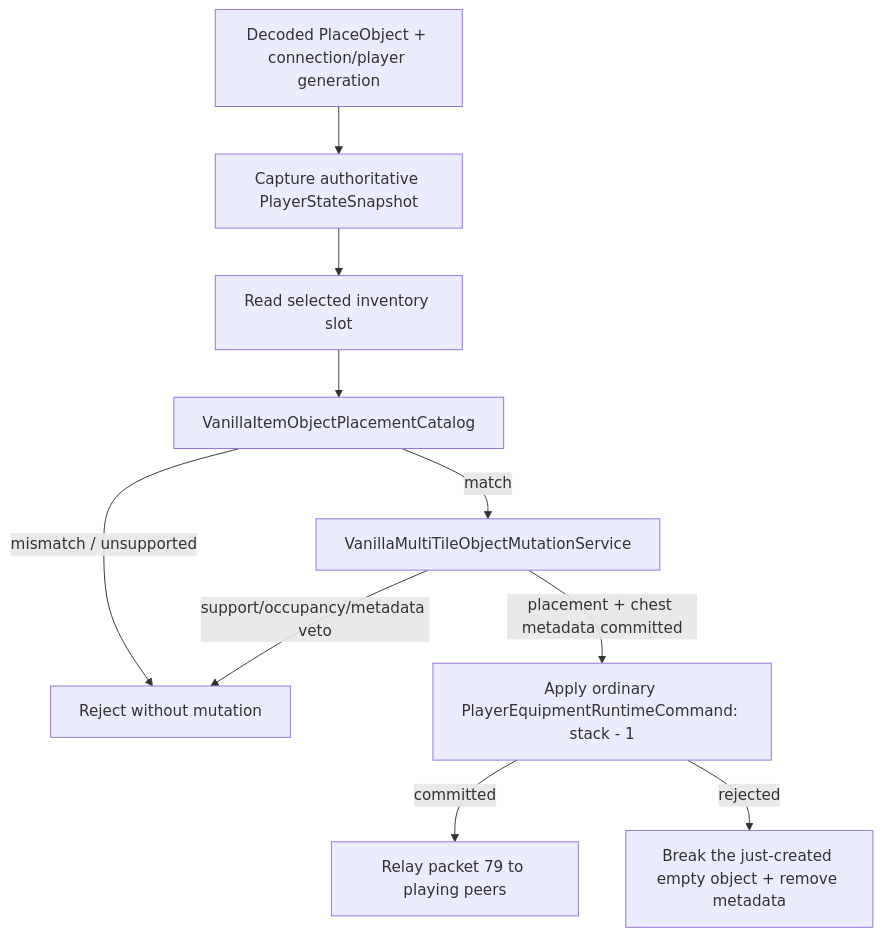
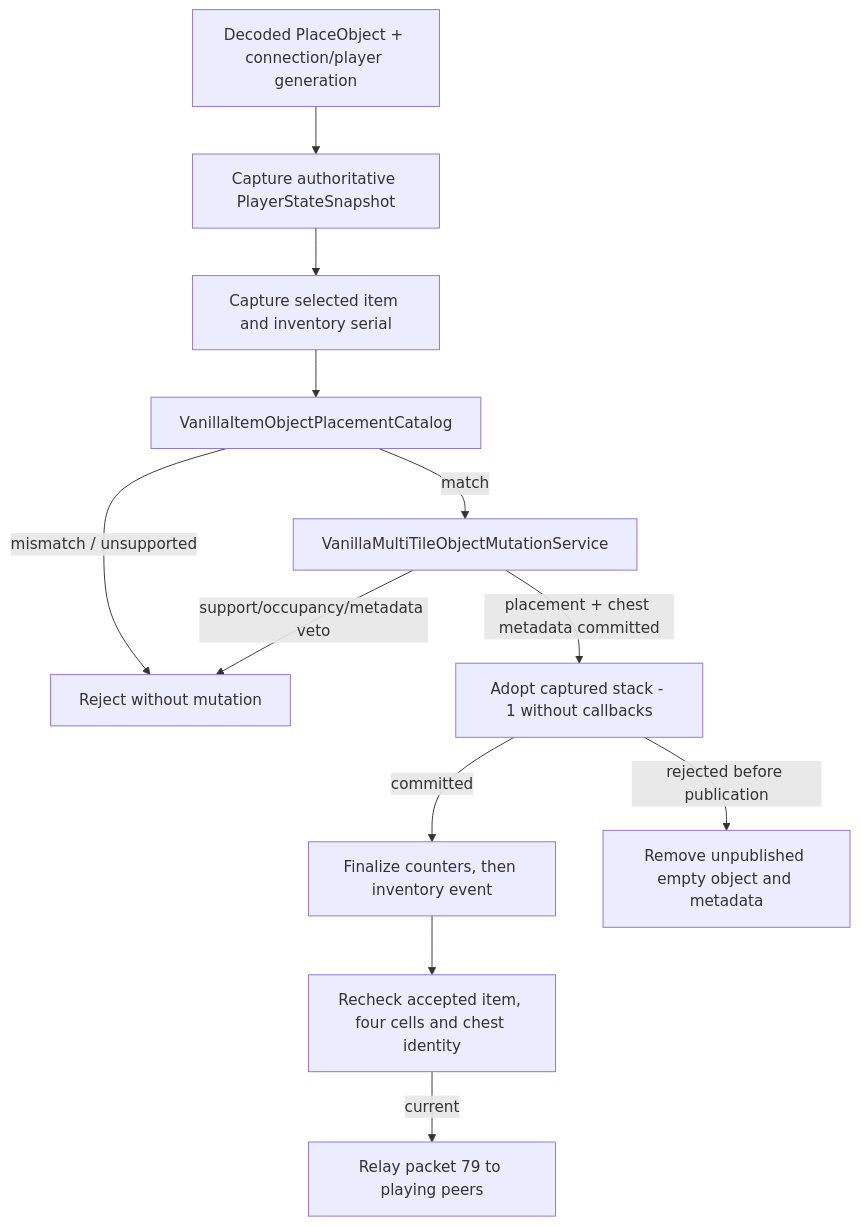
The second of 2 diagrams in docs/en/object-placement-authority.md (VegaKernel/TerraRuntime), drawn with Mermaid before and after one commit. The commit also changed other lines of this file and 25 other files, not shown here.

Commit message:
Extend selected placeable phases and publish inventory atomically

````diff
--- a/docs/en/object-placement-authority.md
+++ b/docs/en/object-placement-authority.md
@@ -34,12 +34,14 @@
 ```mermaid
 flowchart TD
     Request["Decoded PlaceObject + connection/player generation"] --> Player["Capture authoritative PlayerStateSnapshot"]
-    Player --> Item["Read selected inventory slot"]
+    Player --> Item["Capture selected item and inventory serial"]
     Item --> Catalog["VanillaItemObjectPlacementCatalog"]
     Catalog -->|match| World["VanillaMultiTileObjectMutationService"]
     Catalog -->|mismatch / unsupported| Reject["Reject without mutation"]
-    World -->|placement + chest metadata committed| Consume["Apply ordinary PlayerEquipmentRuntimeCommand: stack - 1"]
+    World -->|placement + chest metadata committed| Consume["Adopt captured stack - 1 without callbacks"]
     World -->|support/occupancy/metadata veto| Reject
-    Consume -->|committed| Relay["Relay packet 79 to playing peers"]
-    Consume -->|rejected| Rollback["Break the just-created empty object + remove metadata"]
+    Consume -->|committed| Publish["Finalize counters, then inventory event"]
+    Consume -->|rejected before publication| Rollback["Remove unpublished empty object and metadata"]
+    Publish --> Current["Recheck accepted item, four cells and chest identity"]
+    Current -->|current| Relay["Relay packet 79 to playing peers"]
 ```
````
